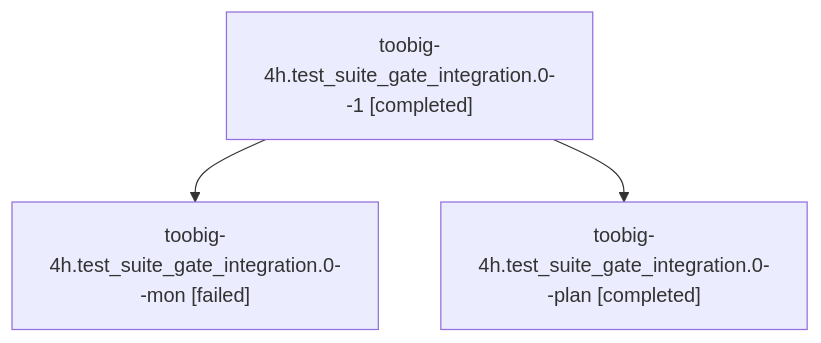
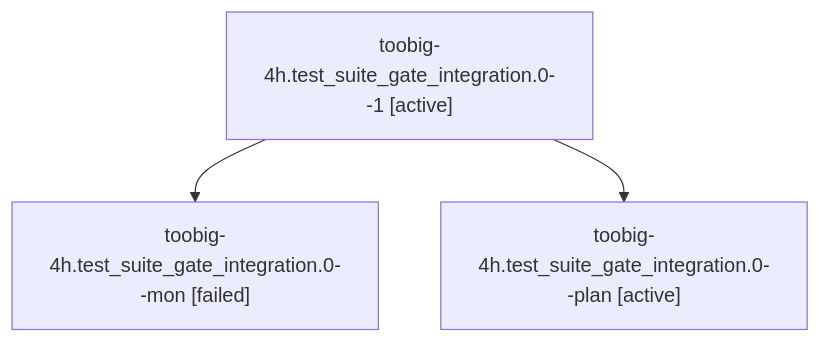
One commit to sase-org/sase--agents changed the diagram in families/bbugyi200.athena.toobig-4h.test_suite_gate_integration.0.md. Above: the diagram before and after it, drawn with Mermaid. The commit also changed other lines of this file and 35830 other files, not shown here.

````diff
--- a/families/bbugyi200.athena.toobig-4h.test_suite_gate_integration.0.md
+++ b/families/bbugyi200.athena.toobig-4h.test_suite_gate_integration.0.md
@@ -9,8 +9,8 @@
 ```mermaid
 flowchart TD
-  n0["toobig-4h.test_suite_gate_integration.0--1 [completed]"]
+  n0["toobig-4h.test_suite_gate_integration.0--1 [active]"]
   n1["toobig-4h.test_suite_gate_integration.0--mon [failed]"]
   n0 --> n1
-  n2["toobig-4h.test_suite_gate_integration.0--plan [completed]"]
+  n2["toobig-4h.test_suite_gate_integration.0--plan [active]"]
   n0 --> n2
 ```
````
